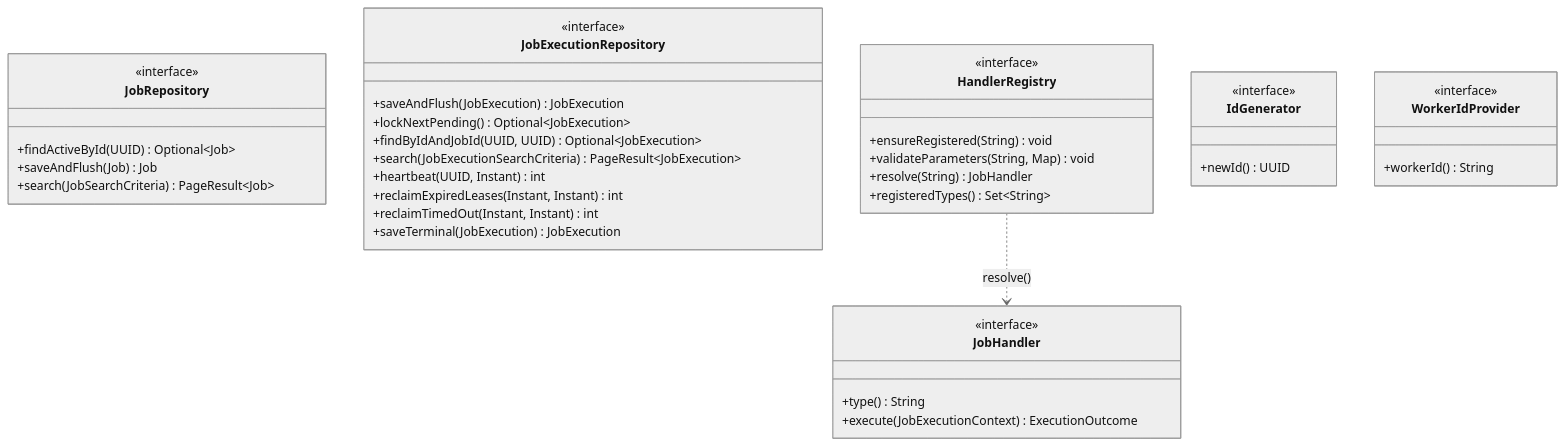
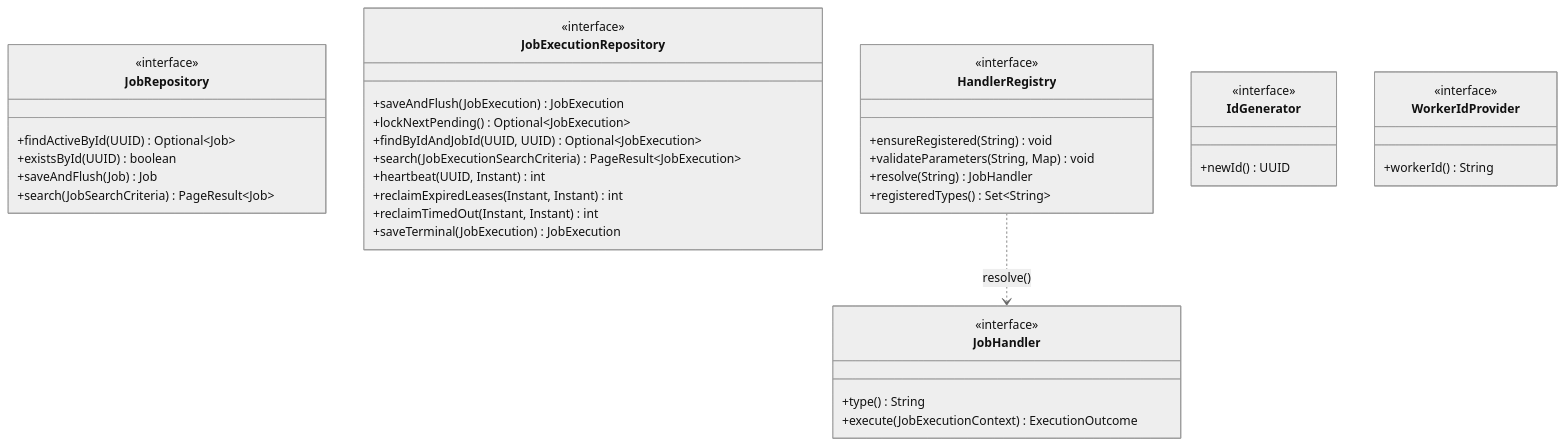
One commit to ryohei-sumii/ForgeHub changed the third of 11 diagrams in docs/design/class/f-04-job-management-backend-class.md. Above: the diagram before and after it, drawn with Mermaid (neutral theme). The commit also changed other lines of this file and 1 other file, not shown here.

````diff
--- a/docs/design/class/f-04-job-management-backend-class.md
+++ b/docs/design/class/f-04-job-management-backend-class.md
@@ -539,41 +542,42 @@
 ```mermaid
 classDiagram
     class JobRepository {
         <<interface>>
         +findActiveById(UUID) Optional~Job~
+        +existsById(UUID) boolean
         +saveAndFlush(Job) Job
         +search(JobSearchCriteria) PageResult~Job~
     }
     class JobExecutionRepository {
         <<interface>>
         +saveAndFlush(JobExecution) JobExecution
         +lockNextPending() Optional~JobExecution~
         +findByIdAndJobId(UUID, UUID) Optional~JobExecution~
         +search(JobExecutionSearchCriteria) PageResult~JobExecution~
         +heartbeat(UUID, Instant) int
         +reclaimExpiredLeases(Instant, Instant) int
         +reclaimTimedOut(Instant, Instant) int
         +saveTerminal(JobExecution) JobExecution
     }
     class HandlerRegistry {
         <<interface>>
         +ensureRegistered(String) void
         +validateParameters(String, Map) void
         +resolve(String) JobHandler
         +registeredTypes() Set~String~
     }
     class JobHandler {
         <<interface>>
         +type() String
         +execute(JobExecutionContext) ExecutionOutcome
     }
     class IdGenerator {
         <<interface>>
         +newId() UUID
     }
     class WorkerIdProvider {
         <<interface>>
         +workerId() String
     }
     HandlerRegistry ..> JobHandler : resolve()
 ```
````
